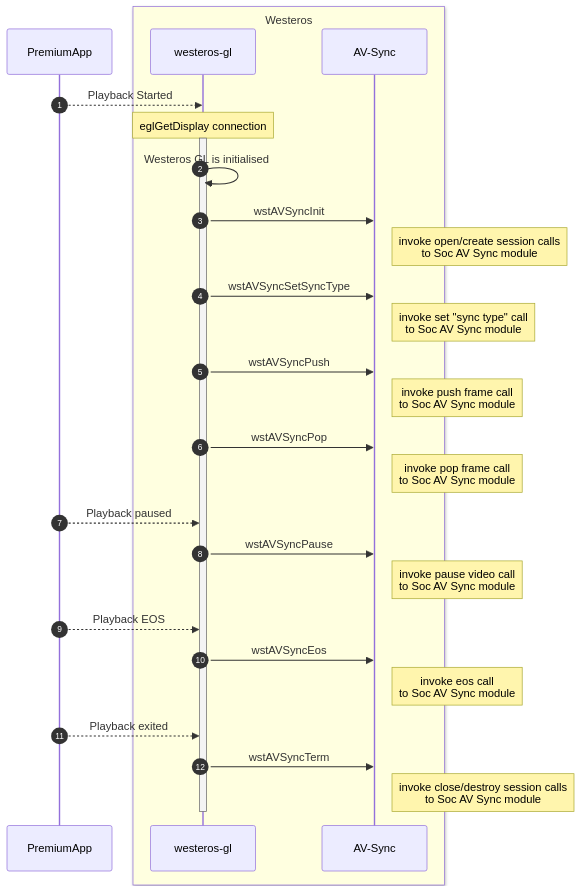
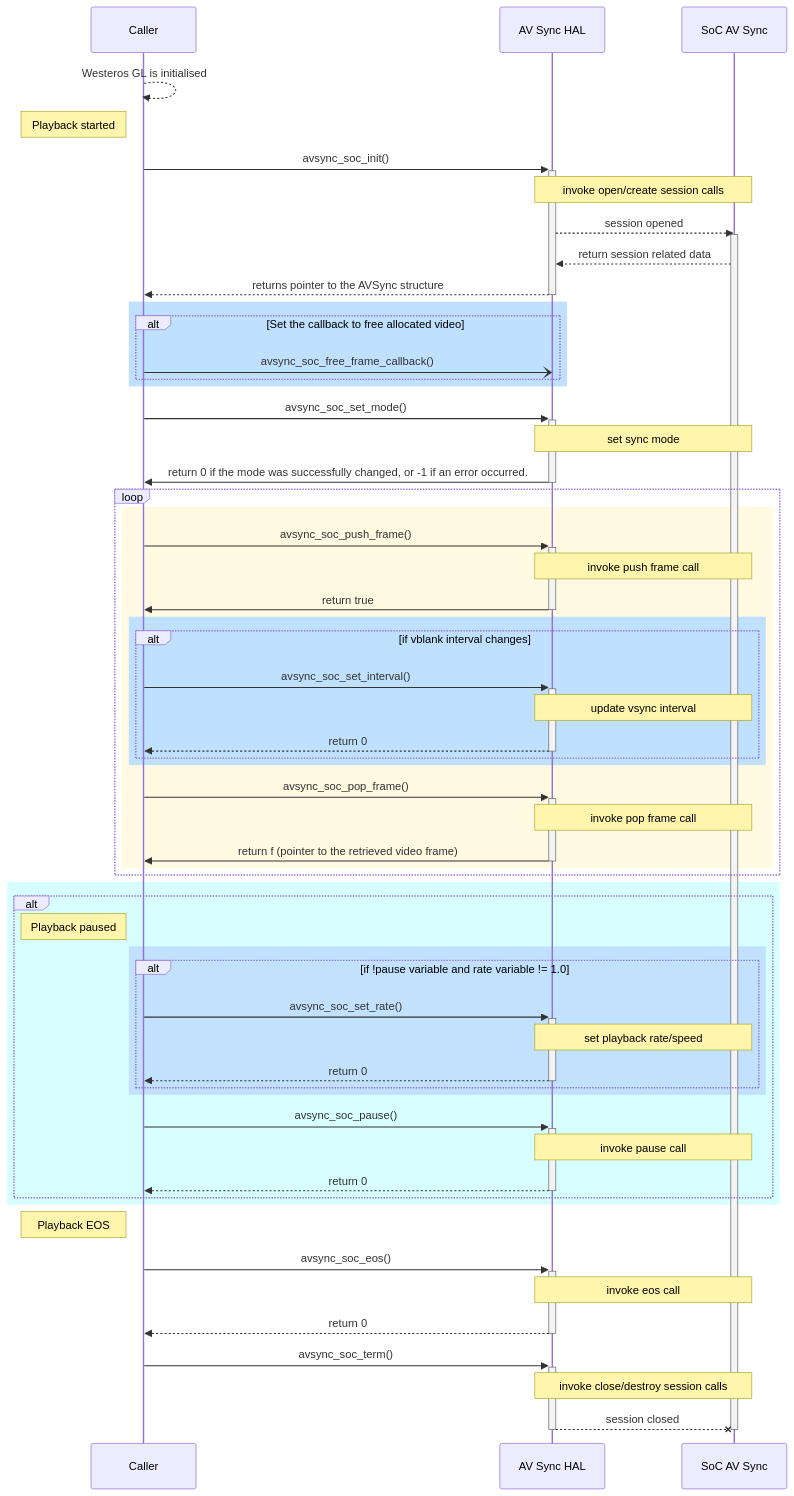
Before and after one commit to rdkcentral/rdk-halif-avsync: the second of 2 diagrams in docs/pages/av-sync.md, drawn with Mermaid. The commit also changed other lines of this file and 4 other files, not shown here.

````diff
--- a/docs/pages/av-sync.md
+++ b/docs/pages/av-sync.md
@@ -154,33 +159,69 @@
 ```mermaid
 
 sequenceDiagram
-participant PremiumApp
-box lightyellow Westeros
-participant westeros-gl
-participant AV-Sync
+participant Caller
+participant AV Sync HAL
+participant SoC AV Sync 
+
+Caller-->>Caller:Westeros GL is initialised
+note left of Caller:Playback started
+Caller->>+AV Sync HAL:avsync_soc_init()
+note over AV Sync HAL,SoC AV Sync:invoke open/create session calls
+AV Sync HAL-->>SoC AV Sync:session opened
+activate SoC AV Sync 
+SoC AV Sync-->>AV Sync HAL:return session related data
+AV Sync HAL-->>-Caller:returns pointer to the AVSync structure
+rect rgb(191, 225, 255)
+alt Set the callback to free allocated video 
+Caller-)AV Sync HAL:avsync_soc_free_frame_callback()
 end
-autonumber
-PremiumApp-->>westeros-gl:Playback Started
-note over westeros-gl:eglGetDisplay connection
-activate westeros-gl
-westeros-gl->>westeros-gl:Westeros GL is initialised
-westeros-gl->>AV-Sync:wstAVSyncInit
-Note right of AV-Sync:invoke open/create session calls <br/>to Soc AV Sync module
-westeros-gl->>AV-Sync:wstAVSyncSetSyncType
-Note right of AV-Sync:invoke set "sync type" call <br/>to Soc AV Sync module
-westeros-gl->>AV-Sync:wstAVSyncPush
-Note right of AV-Sync:invoke push frame call <br/>to Soc AV Sync module
-westeros-gl->>AV-Sync:wstAVSyncPop
-Note right of AV-Sync:invoke pop frame call <br/>to Soc AV Sync module               
-PremiumApp-->>westeros-gl:Playback paused
-westeros-gl->>AV-Sync:wstAVSyncPause
-Note right of AV-Sync:invoke pause video call <br/>to Soc AV Sync module
-PremiumApp-->>westeros-gl:Playback EOS
-westeros-gl->>AV-Sync:wstAVSyncEos
-Note right of AV-Sync:invoke eos call <br/>to Soc AV Sync module
-PremiumApp-->>westeros-gl:Playback exited
-westeros-gl->>AV-Sync:wstAVSyncTerm
-Note right of AV-Sync:invoke close/destroy session calls <br/>to Soc AV Sync module
-deactivate westeros-gl
+end
+Caller->>+AV Sync HAL:avsync_soc_set_mode()
+note over AV Sync HAL,SoC AV Sync:set sync mode
+AV Sync HAL->>-Caller: return 0 if the mode was successfully changed, or -1 if an error occurred.
+
+loop
+rect rgb(255,250,225)
+Caller->>+AV Sync HAL:avsync_soc_push_frame()
+note over AV Sync HAL,SoC AV Sync:invoke push frame call
+AV Sync HAL->>-Caller:return true
+rect rgb(191, 225, 255)
+alt if vblank interval changes
+Caller->>+AV Sync HAL:avsync_soc_set_interval()
+note over AV Sync HAL,SoC AV Sync:update vsync interval
+AV Sync HAL-->>-Caller:return 0
+end
+end
+Caller->>+AV Sync HAL:avsync_soc_pop_frame()
+note over AV Sync HAL,SoC AV Sync:invoke pop frame call
+AV Sync HAL->>-Caller:return f (pointer to the retrieved video frame)
+end
+end
+
+rect rgb(215, 255, 255)
+alt
+note left of Caller:Playback paused
+rect rgb(193, 225, 255)
+alt  if !pause variable and rate variable != 1.0
+Caller->>+AV Sync HAL:avsync_soc_set_rate()
+note over AV Sync HAL,SoC AV Sync:set playback rate/speed
+AV Sync HAL-->>-Caller:return 0
+end
+end
+Caller->>+AV Sync HAL:avsync_soc_pause()
+note over AV Sync HAL,SoC AV Sync:invoke pause call
+AV Sync HAL-->>-Caller:return 0
+end
+end
+
+note left of Caller:Playback EOS
+Caller->>+AV Sync HAL:avsync_soc_eos()
+note over AV Sync HAL,SoC AV Sync:invoke eos call
+AV Sync HAL-->>-Caller:return 0
+Caller->>+AV Sync HAL:avsync_soc_term()
+note over AV Sync HAL,SoC AV Sync:invoke close/destroy session calls
+AV Sync HAL--xSoC AV Sync:session closed
+deactivate SoC AV Sync 
+deactivate AV Sync HAL
 
 ```
````
